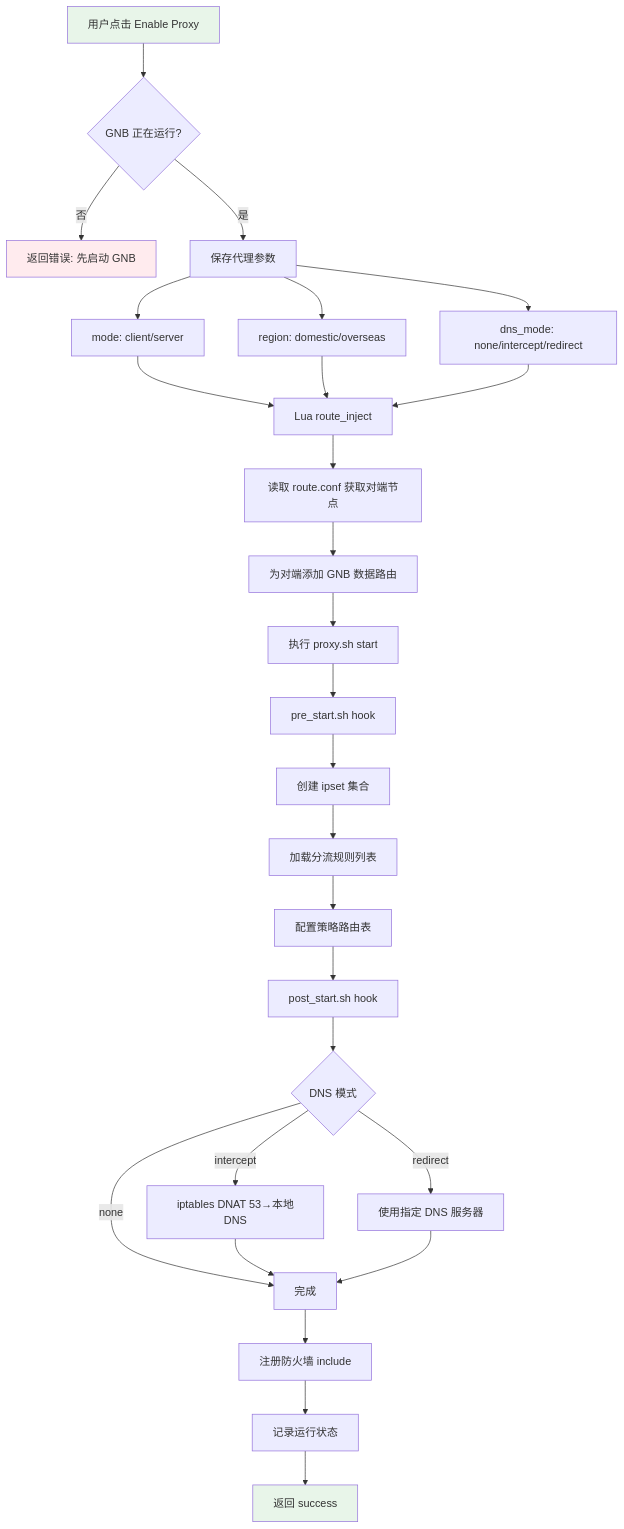
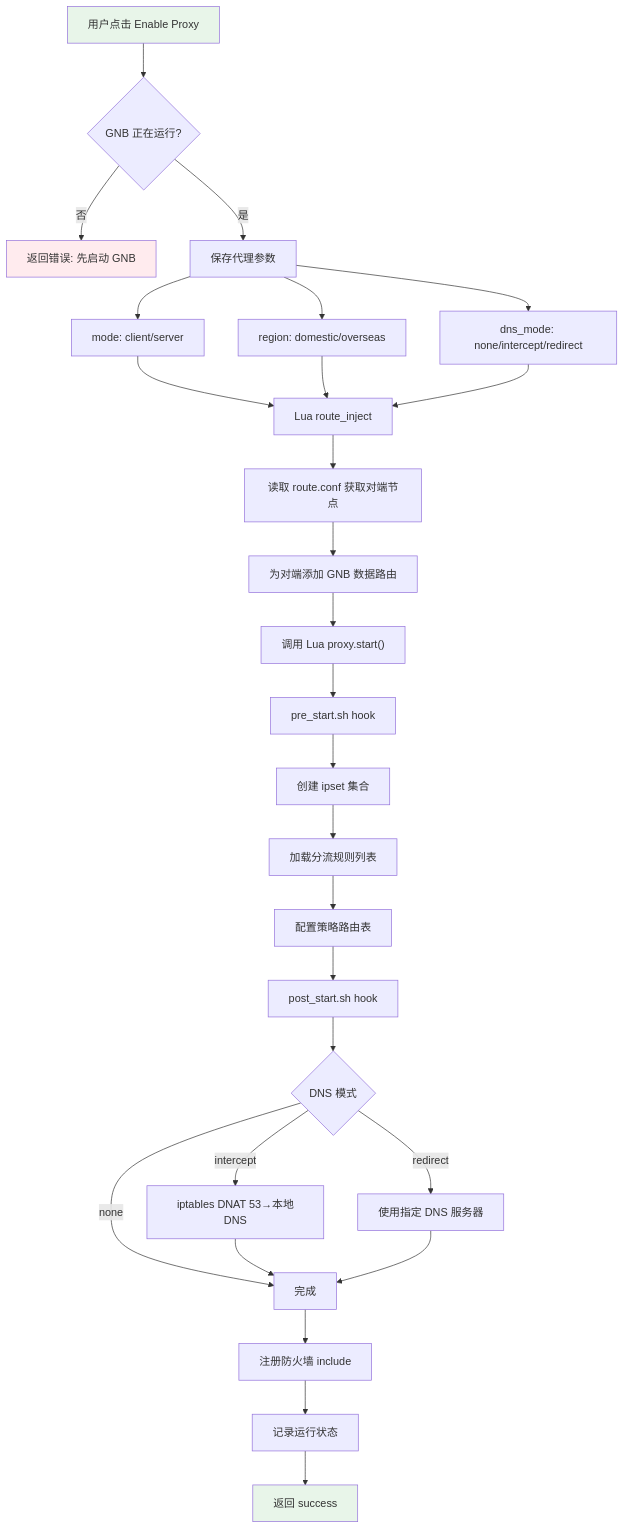
Before and after one commit to luoyueliang/mynet_lua: the fifth of 9 diagrams in docs/FLOWS.md, drawn with Mermaid. The commit also changed other lines of this file and 13 other files, not shown here.

````diff
--- a/docs/FLOWS.md
+++ b/docs/FLOWS.md
@@ -160,38 +160,38 @@
 ```mermaid
 flowchart TD
     A[用户点击 Enable Proxy] --> B{GNB 正在运行?}
     B -- 否 --> C[返回错误: 先启动 GNB]
     B -- 是 --> D[保存代理参数]
 
     D --> D1[mode: client/server]
     D --> D2[region: domestic/overseas]
     D --> D3[dns_mode: none/intercept/redirect]
 
     D1 --> E[Lua route_inject]
     D2 --> E
     D3 --> E
     E --> E1[读取 route.conf 获取对端节点]
     E1 --> E2[为对端添加 GNB 数据路由]
 
-    E2 --> F["执行 proxy.sh start"]
+    E2 --> F["调用 Lua proxy.start()"]
     F --> G[pre_start.sh hook]
     G --> H[创建 ipset 集合]
     H --> I[加载分流规则列表]
     I --> J[配置策略路由表]
     J --> K[post_start.sh hook]
     K --> L{DNS 模式}
 
     L -- none --> M[完成]
     L -- intercept --> N[iptables DNAT 53→本地DNS]
     L -- redirect --> O[使用指定 DNS 服务器]
     N --> M
     O --> M
 
     M --> P[注册防火墙 include]
     P --> Q[记录运行状态]
     Q --> R[返回 success]
 
     style A fill:#e8f5e9
     style C fill:#ffebee
     style R fill:#e8f5e9
 ```
````
